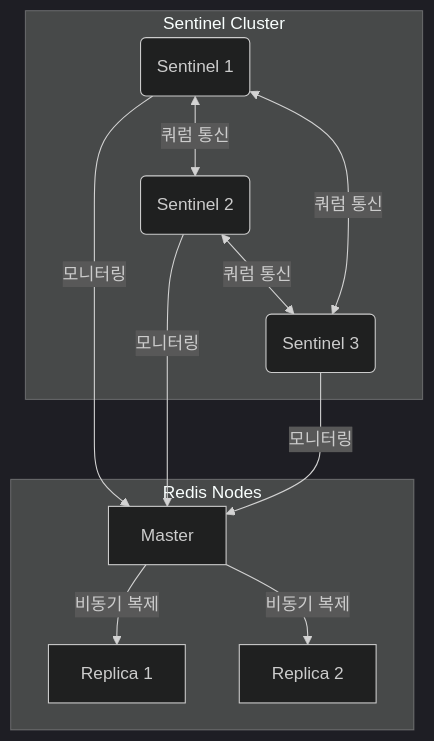
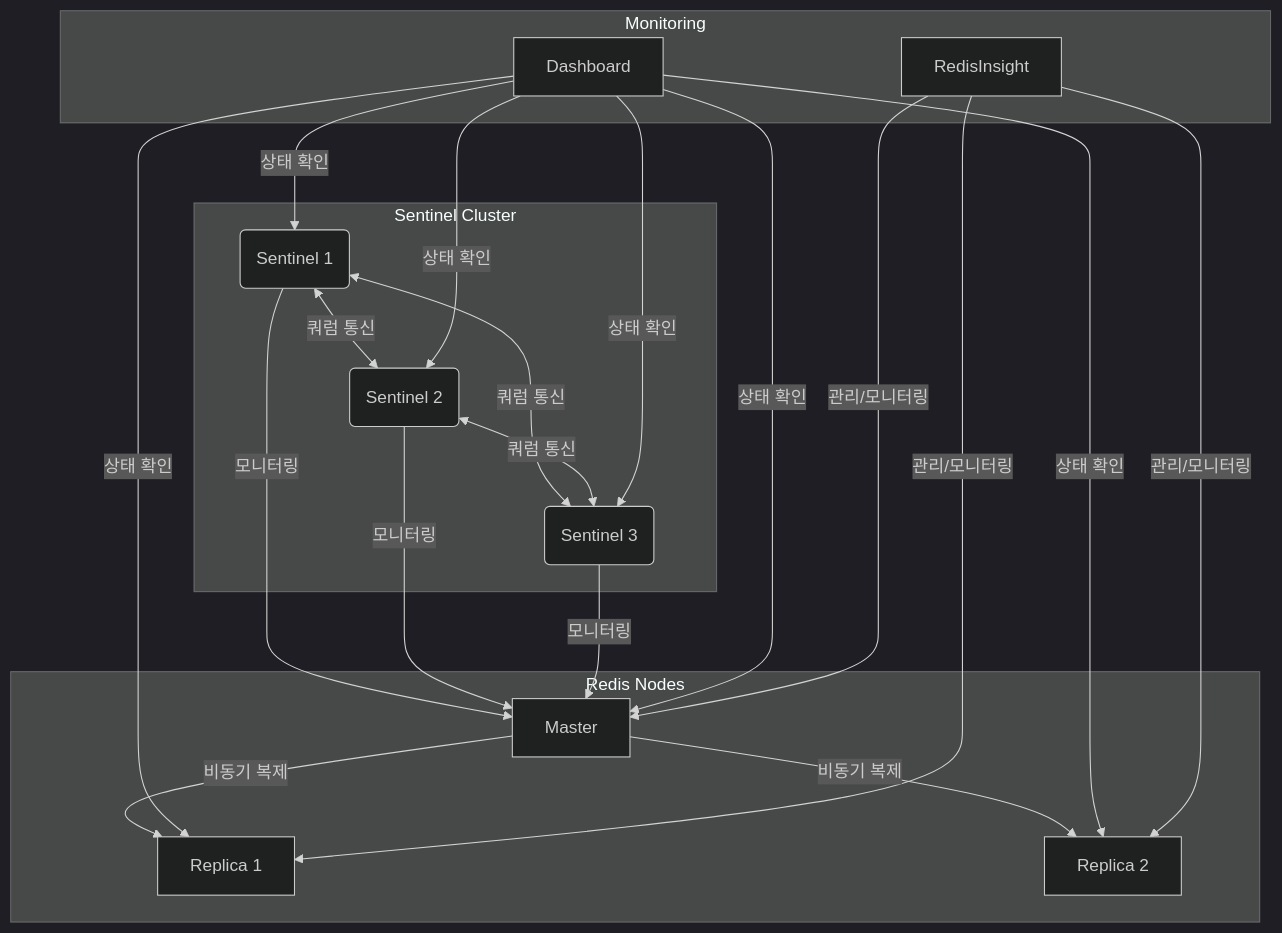
One commit to zinisuni/aiadd changed the diagram in src/aiadd/redis-ha/README.md. Above: the diagram before and after it, drawn with Mermaid (dark theme). The commit also changed other lines of this file and 7 other files, not shown here.

First line of the commit message:
feat: RedisInsight 모니터링 도구 및 대시보드 기능 추가

````diff
--- a/src/aiadd/redis-ha/README.md
+++ b/src/aiadd/redis-ha/README.md
@@ -14,23 +15,37 @@
 ```mermaid
 graph TD
     subgraph Sentinel Cluster
         S1(Sentinel 1)
         S2(Sentinel 2)
         S3(Sentinel 3)
     end
 
     subgraph Redis Nodes
         M[Master]
         R1[Replica 1]
         R2[Replica 2]
     end
 
+    subgraph Monitoring
+        D[Dashboard]
+        RI[RedisInsight]
+    end
+
     S1 -->|모니터링| M
     S2 -->|모니터링| M
     S3 -->|모니터링| M
     M -->|비동기 복제| R1
     M -->|비동기 복제| R2
     S1 <-->|쿼럼 통신| S2
     S1 <-->|쿼럼 통신| S3
     S2 <-->|쿼럼 통신| S3
+    D -->|상태 확인| M
+    D -->|상태 확인| R1
+    D -->|상태 확인| R2
+    D -->|상태 확인| S1
+    D -->|상태 확인| S2
+    D -->|상태 확인| S3
+    RI -->|관리/모니터링| M
+    RI -->|관리/모니터링| R1
+    RI -->|관리/모니터링| R2
 ```
````
